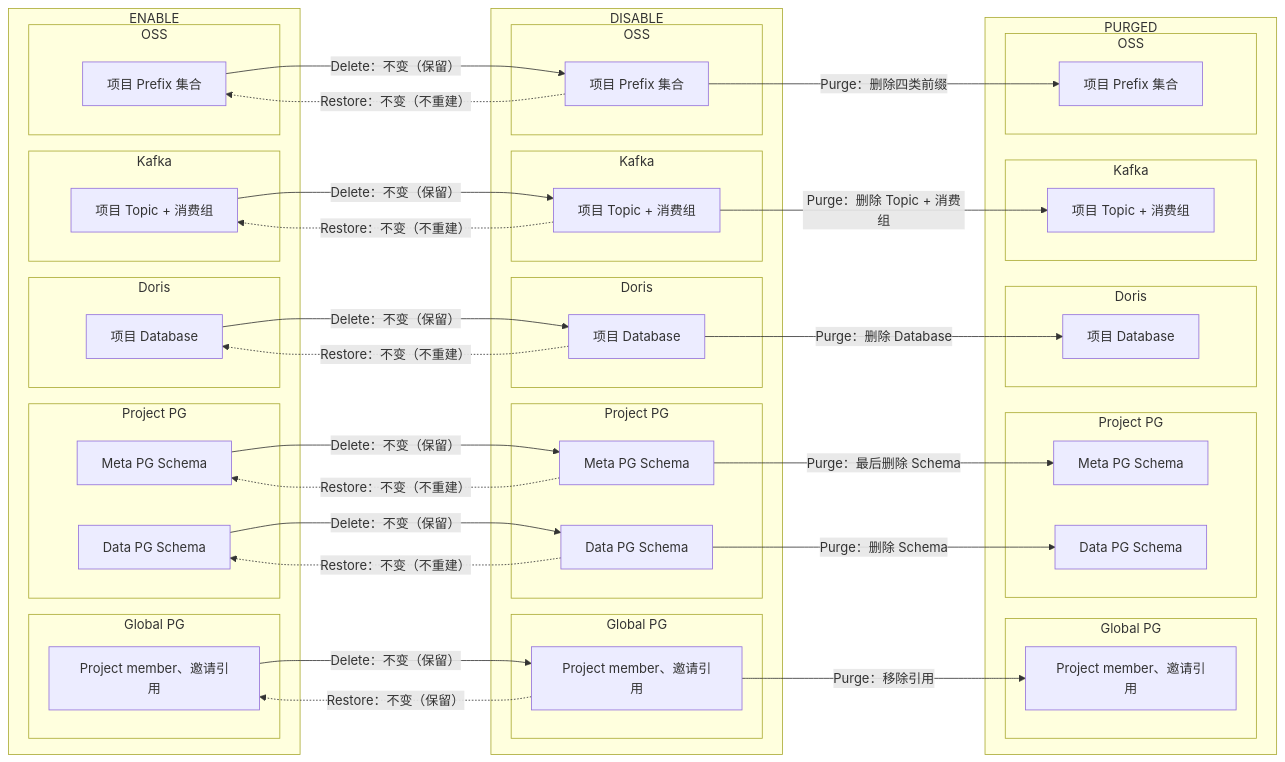
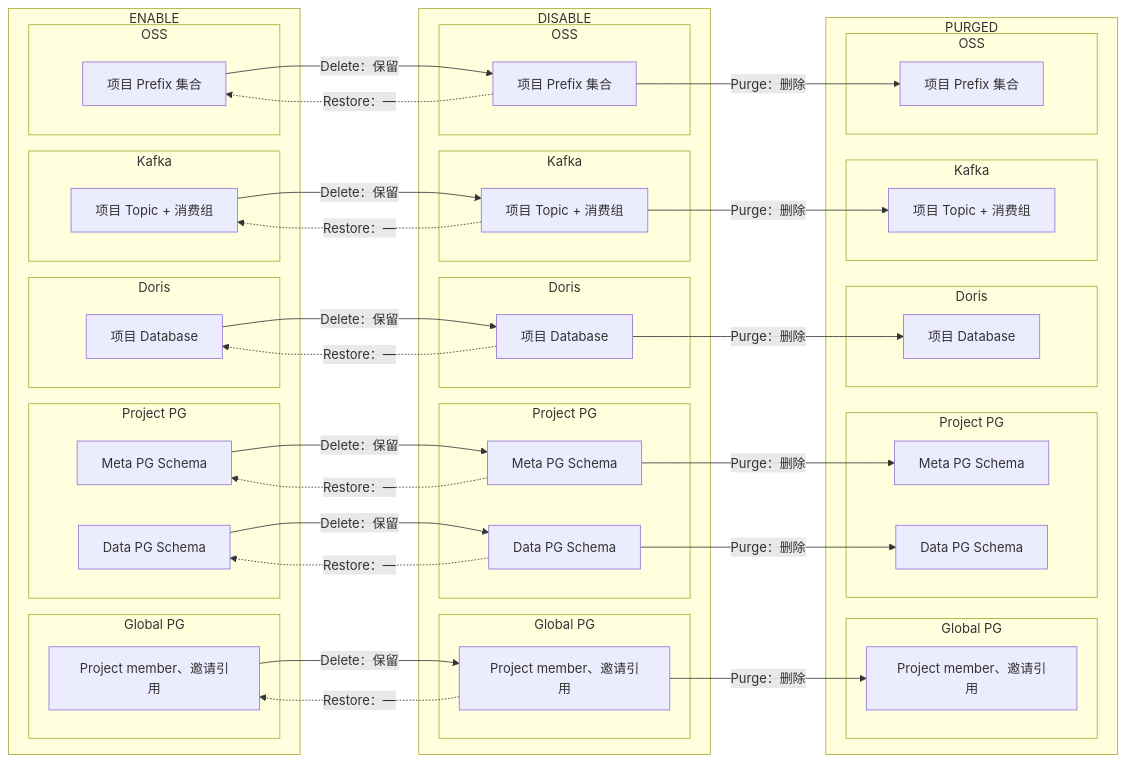
The fifth of 21 diagrams in specs/20260716-Wave-Refac-OrganizationProjectLifecycle/04-detail.md (qinwenshiCH/workflow), drawn with Mermaid before and after one commit. The commit also changed other lines of this file and 2 other files, not shown here.

First line of the commit message:
fix: 按实际代码修正全部组件的生命周期文档 — 资源台账/生命周期图/流量变化图/PM改动

````diff
--- a/specs/20260716-Wave-Refac-OrganizationProjectLifecycle/04-detail.md
+++ b/specs/20260716-Wave-Refac-OrganizationProjectLifecycle/04-detail.md
@@ -256,78 +257,78 @@
 ```mermaid
 flowchart LR
     subgraph enable["ENABLE"]
         subgraph e_member["Global PG"]
             EMember["Project member、邀请引用"]
         end
         subgraph e_pg["Project PG"]
             EMeta["Meta PG Schema"]
             EData["Data PG Schema"]
         end
         subgraph e_doris["Doris"]
             EDoris["项目 Database"]
         end
         subgraph e_kafka["Kafka"]
             EKafka["项目 Topic + 消费组"]
         end
         subgraph e_oss["OSS"]
             EOSS["项目 Prefix 集合"]
         end
     end
 
     subgraph disable["DISABLE"]
         subgraph d_member["Global PG"]
             DMember["Project member、邀请引用"]
         end
         subgraph d_pg["Project PG"]
             DMeta["Meta PG Schema"]
             DData["Data PG Schema"]
         end
         subgraph d_doris["Doris"]
             DDoris["项目 Database"]
         end
         subgraph d_kafka["Kafka"]
             DKafka["项目 Topic + 消费组"]
         end
         subgraph d_oss["OSS"]
             DOSS["项目 Prefix 集合"]
         end
     end
 
     subgraph purged["PURGED"]
         subgraph p_member["Global PG"]
             PMember["Project member、邀请引用"]
         end
         subgraph p_pg["Project PG"]
             PMeta["Meta PG Schema"]
             PData["Data PG Schema"]
         end
         subgraph p_doris["Doris"]
             PDoris["项目 Database"]
         end
         subgraph p_kafka["Kafka"]
             PKafka["项目 Topic + 消费组"]
         end
         subgraph p_oss["OSS"]
             POSS["项目 Prefix 集合"]
         end
     end
 
-    EMember -->|Delete：不变（保留）| DMember
-    EMeta -->|Delete：不变（保留）| DMeta
-    EData -->|Delete：不变（保留）| DData
-    EDoris -->|Delete：不变（保留）| DDoris
-    EKafka -->|Delete：不变（保留）| DKafka
-    EOSS -->|Delete：不变（保留）| DOSS
-    DMember -.->|Restore：不变（保留）| EMember
-    DMeta -.->|Restore：不变（不重建）| EMeta
-    DData -.->|Restore：不变（不重建）| EData
-    DDoris -.->|Restore：不变（不重建）| EDoris
-    DKafka -.->|Restore：不变（不重建）| EKafka
-    DOSS -.->|Restore：不变（不重建）| EOSS
-    DMember -->|Purge：移除引用| PMember
-    DMeta -->|Purge：最后删除 Schema| PMeta
-    DData -->|Purge：删除 Schema| PData
-    DDoris -->|Purge：删除 Database| PDoris
-    DKafka -->|Purge：删除 Topic + 消费组| PKafka
-    DOSS -->|Purge：删除四类前缀| POSS
+    EMember -->|Delete：保留| DMember
+    EMeta -->|Delete：保留| DMeta
+    EData -->|Delete：保留| DData
+    EDoris -->|Delete：保留| DDoris
+    EKafka -->|Delete：保留| DKafka
+    EOSS -->|Delete：保留| DOSS
+    DMember -.->|Restore：—| EMember
+    DMeta -.->|Restore：—| EMeta
+    DData -.->|Restore：—| EData
+    DDoris -.->|Restore：—| EDoris
+    DKafka -.->|Restore：—| EKafka
+    DOSS -.->|Restore：—| EOSS
+    DMember -->|Purge：删除| PMember
+    DMeta -->|Purge：删除| PMeta
+    DData -->|Purge：删除| PData
+    DDoris -->|Purge：删除| PDoris
+    DKafka -->|Purge：删除| PKafka
+    DOSS -->|Purge：删除| POSS
 ```
````
